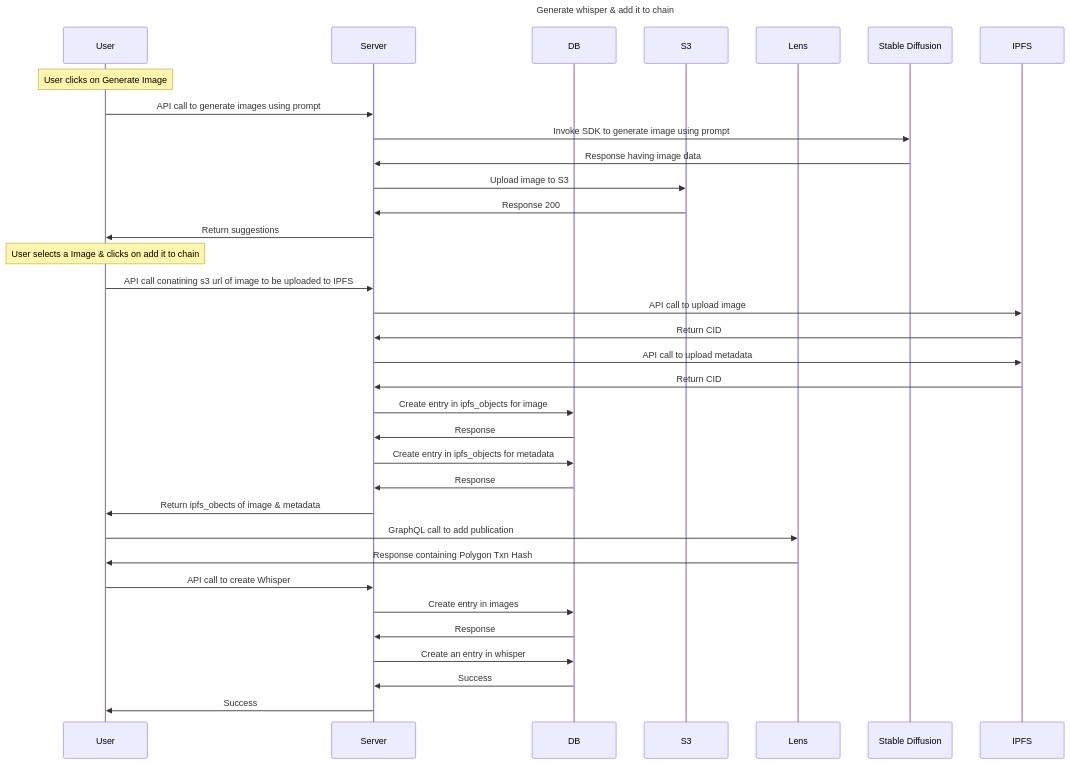
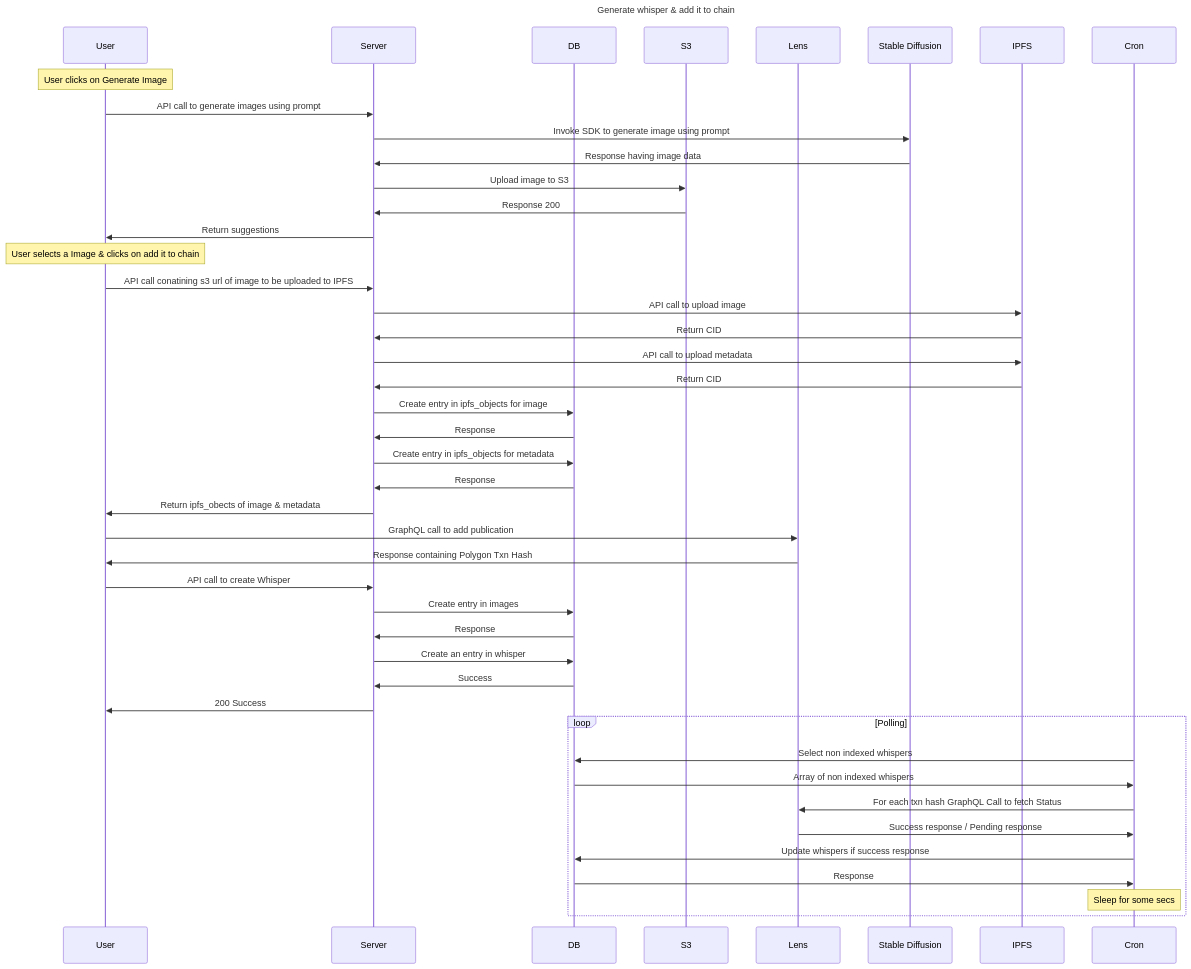
Before and after one commit to TrueSparrowSystems/whisper-chain-be: the diagram in docs/sequenceDiagrams/generateAndWhisperToChain.mermaid, drawn with Mermaid. The commit also changed other lines of this file, not shown here.

```diff
--- a/docs/sequenceDiagrams/generateAndWhisperToChain.mermaid
+++ b/docs/sequenceDiagrams/generateAndWhisperToChain.mermaid
@@ -1,72 +1,80 @@
 %% Documentation: https://mermaid-js.github.io/mermaid/#/sequenceDiagram
 %% Editor: https://mermaid.live/edit
 
 sequenceDiagram
 title Generate whisper & add it to chain
 
 participant Browser as User
 participant Server
 participant DB
-
 participant S3
 
 participant Lens
 participant SD as Stable Diffusion
 participant Ipfs as IPFS
+
+participant Cron
 
 Note over Browser: User clicks on Generate Image
 
 Browser->>Server: API call to generate images using prompt
 Server->> SD: Invoke SDK to generate image using prompt
 SD->>Server: Response having image data
 Server->>S3: Upload image to S3
 S3->>Server: Response 200
 Server->>Browser: Return suggestions
 
 %% break
 %%   note over Server: If no query result, then log error
 %%   note over Server: If already published
 %% end
 
 Note over Browser: User selects a Image & clicks on add it to chain
 
 Browser->>Server: API call conatining s3 url of image to be uploaded to IPFS
 Server->>Ipfs: API call to upload image
 Ipfs->>Server: Return CID
 Server->>Ipfs: API call to upload metadata
 Ipfs->>Server: Return CID
 Server->>DB: Create entry in ipfs_objects for image
 DB->>Server: Response
 Server->>DB: Create entry in ipfs_objects for metadata
 DB->>Server: Response
 
 Server->>Browser: Return ipfs_obects of image & metadata
 
 
 %% break
 %%   note over Server: If error, log error
 %% end
 
 %% Note over Browser: Browser adds the comment to Lens Protocol
 
 Browser->>Lens: GraphQL call to add publication
 Lens->>Browser: Response containing Polygon Txn Hash
 
 
 
 
 Browser->>Server: API call to create Whisper 
 Server->>DB: Create entry in images
 DB->>Server: Response
 
 
 
 Server->>DB: Create an entry in whisper
 DB->>Server: Success
-Server->>Browser: Success
+Server->>Browser: 200 Success
 
 
 
 
-%% Server->>Lens: GraphQL Call (transaction hash)
-%% Lens->>Server: Whisper Details
+loop Polling
+    Cron->>DB: Select non indexed whispers
+    DB->>Cron: Array of non indexed whispers
+    Cron->>Lens: For each txn hash GraphQL Call to fetch Status
+    Lens->>Cron: Success response / Pending response
+    Cron->>DB: Update whispers if success response
+    DB->>Cron: Response
+    Note over Cron: Sleep for some secs
+end
```
